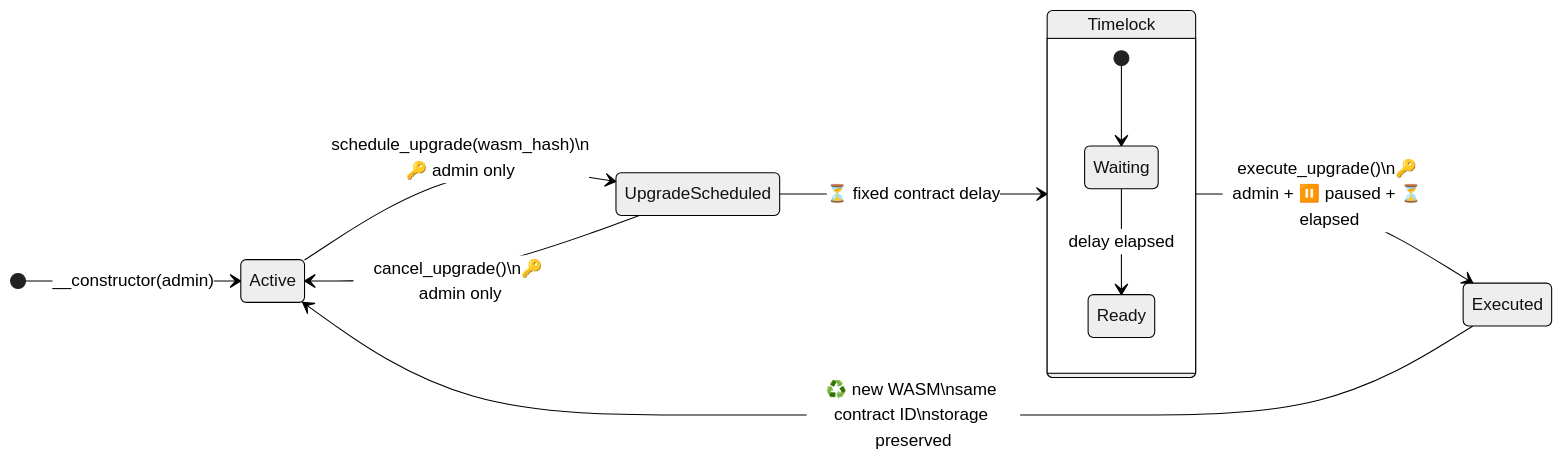
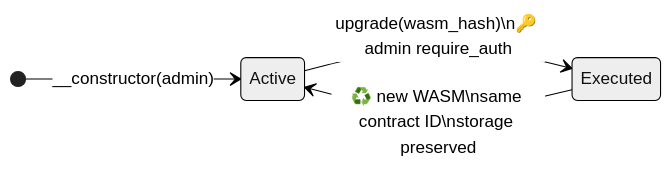
One commit to ackrate/ackrate-protocol-contracts changed the second of 5 diagrams in README.md. Above: the diagram before and after it, drawn with Mermaid (neutral theme). The commit also changed other lines of this file and 21 other files, not shown here.

````diff
--- a/README.md
+++ b/README.md
@@ -79,17 +79,8 @@
 ```mermaid
 stateDiagram-v2
     direction LR
     [*] --> Active : __constructor(admin)
 
-    Active --> UpgradeScheduled : schedule_upgrade(wasm_hash)\n🔑 admin only
-    UpgradeScheduled --> Active : cancel_upgrade()\n🔑 admin only
-    UpgradeScheduled --> Timelock : ⏳ fixed contract delay
-
-    state Timelock {
-        [*] --> Waiting
-        Waiting --> Ready : delay elapsed
-    }
-
-    Timelock --> Executed : execute_upgrade()\n🔑 admin + ⏸️ paused + ⏳ elapsed
+    Active --> Executed : upgrade(wasm_hash)\n🔑 admin require_auth
     Executed --> Active : ♻️ new WASM\nsame contract ID\nstorage preserved
 ```
````
